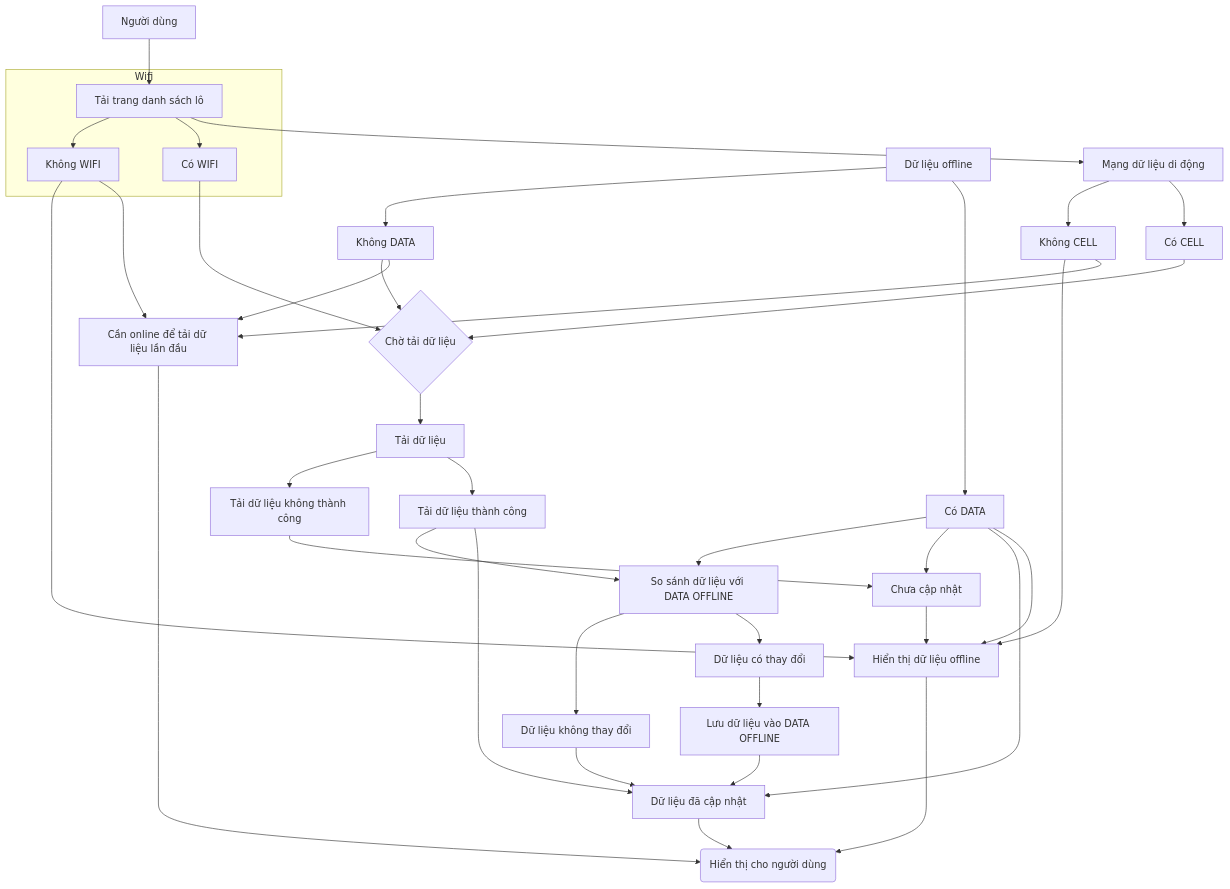
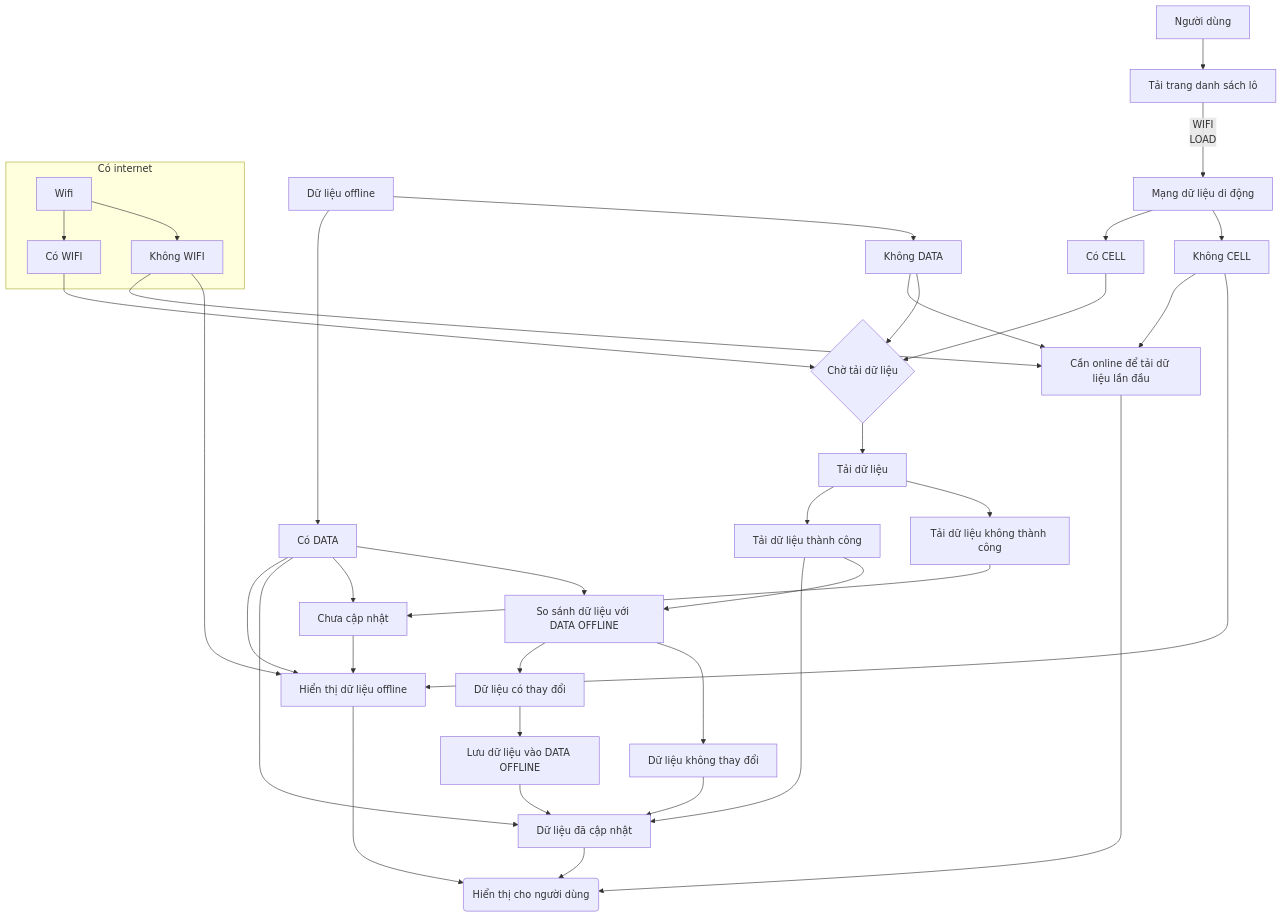
One commit to trethanhphat/tre-thanh-phat-pwa-docs changed the diagram in docs/batches-flow.md. Above: the diagram before and after it, drawn with Mermaid.

```diff
--- a/docs/batches-flow.md
+++ b/docs/batches-flow.md
@@ -6,7 +6,7 @@
 
 
 USER --> LOAD
-
+LOAD -- WIFI
 LOAD --> CELL
 
 
@@ -17,9 +17,11 @@
 
 
 
-subgraph WIFI["Wifi"]
-    LOAD --> WIFI-Y["Có WIFI"]
-    LOAD --> WIFI-N["Không WIFI"]
+subgraph INTERNET["Có internet"]
+
+WIFI["Wifi"]
+    WIFI --> WIFI-Y["Có WIFI"]
+    WIFI --> WIFI-N["Không WIFI"]
 end
 
 
```
